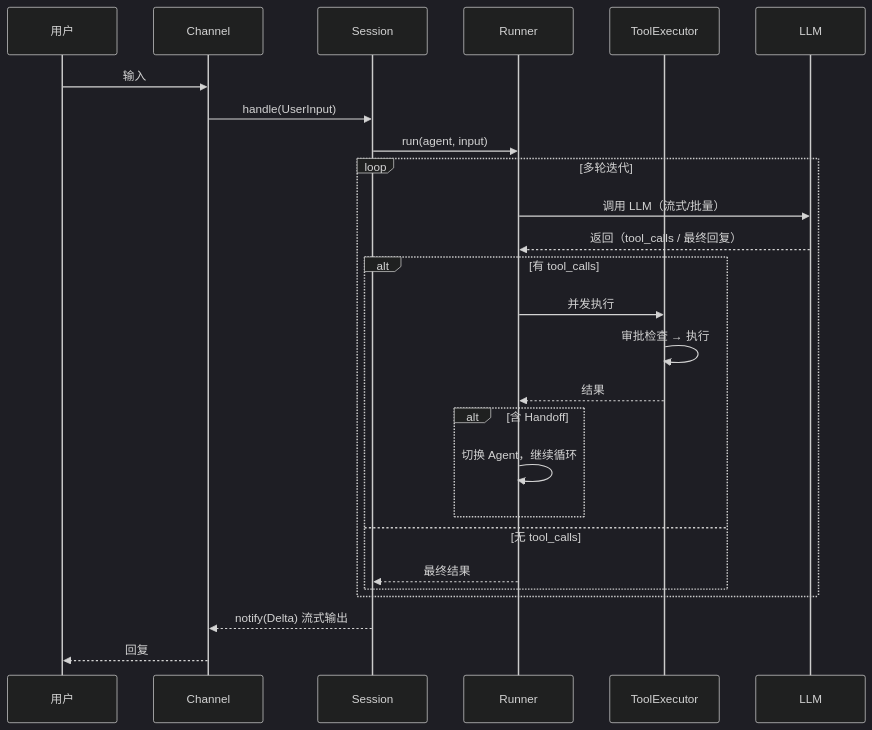
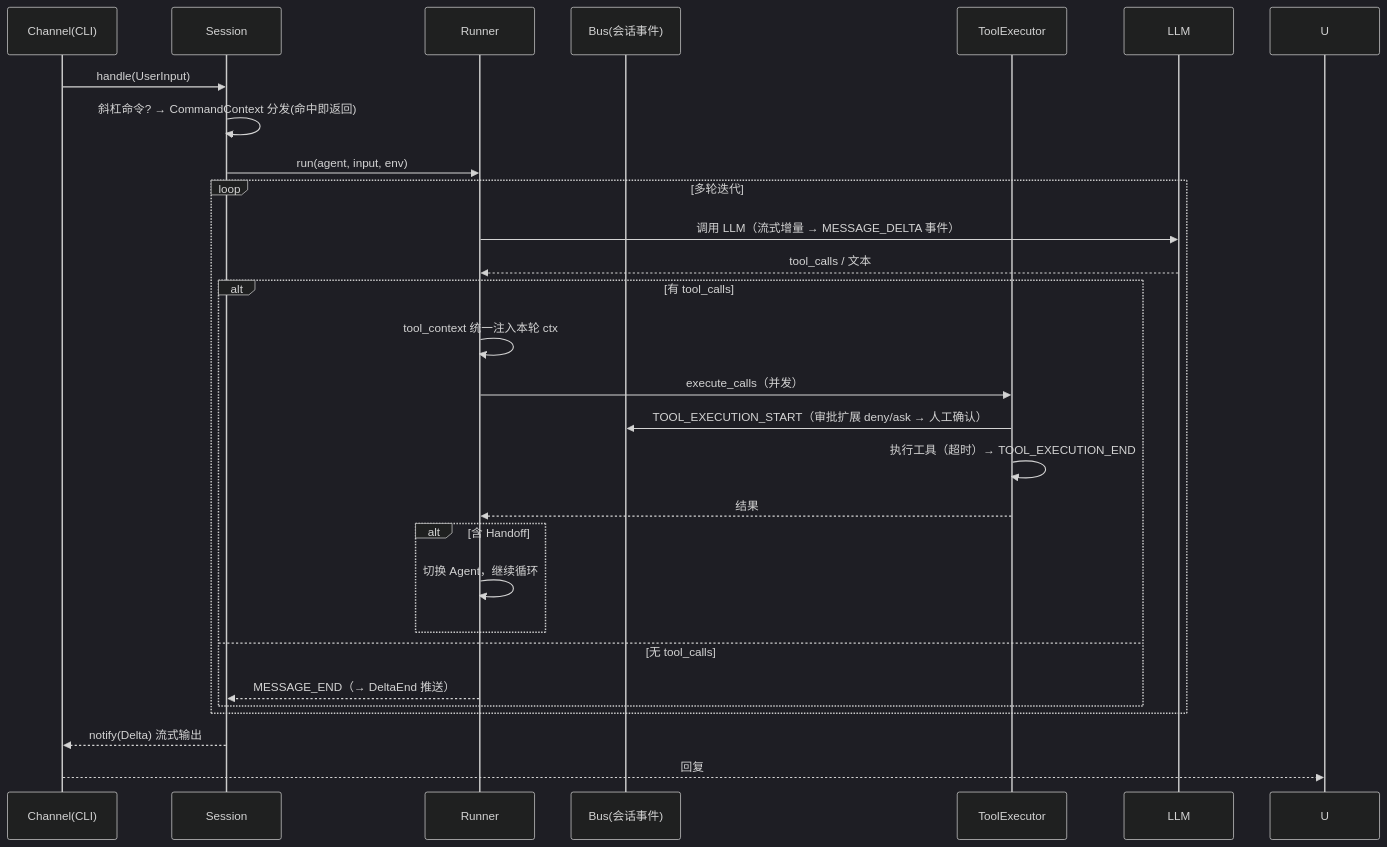
The second of 2 diagrams in README.md (yishenzhu/walle), drawn with Mermaid (dark theme) before and after one commit. The commit also changed other lines of this file and 1 other file, not shown here.

````diff
--- a/README.md
+++ b/README.md
@@ -56,29 +67,31 @@
 ```mermaid
 sequenceDiagram
-    participant U as 用户
-    participant C as Channel
+    participant C as Channel(CLI)
     participant S as Session
     participant R as Runner
-    participant T as ToolExecutor
+    participant B as Bus(会话事件)
+    participant E as ToolExecutor
     participant M as LLM
 
-    U->>C: 输入
     C->>S: handle(UserInput)
-    S->>R: run(agent, input)
+    S->>S: 斜杠命令? → CommandContext 分发(命中即返回)
+    S->>R: run(agent, input, env)
     loop 多轮迭代
-        R->>M: 调用 LLM（流式/批量）
-        M-->>R: 返回（tool_calls / 最终回复）
+        R->>M: 调用 LLM（流式增量 → MESSAGE_DELTA 事件）
+        M-->>R: tool_calls / 文本
         alt 有 tool_calls
-            R->>T: 并发执行
-            T->>T: 审批检查 → 执行
-            T-->>R: 结果
+            R->>R: tool_context 统一注入本轮 ctx
+            R->>E: execute_calls（并发）
+            E->>B: TOOL_EXECUTION_START（审批扩展 deny/ask → 人工确认）
+            E->>E: 执行工具（超时）→ TOOL_EXECUTION_END
+            E-->>R: 结果
             alt 含 Handoff
                 R->>R: 切换 Agent，继续循环
             end
         else 无 tool_calls
-            R-->>S: 最终结果
+            R-->>S: MESSAGE_END（→ DeltaEnd 推送）
         end
     end
     S-->>C: notify(Delta) 流式输出
     C-->>U: 回复
 ```
````
